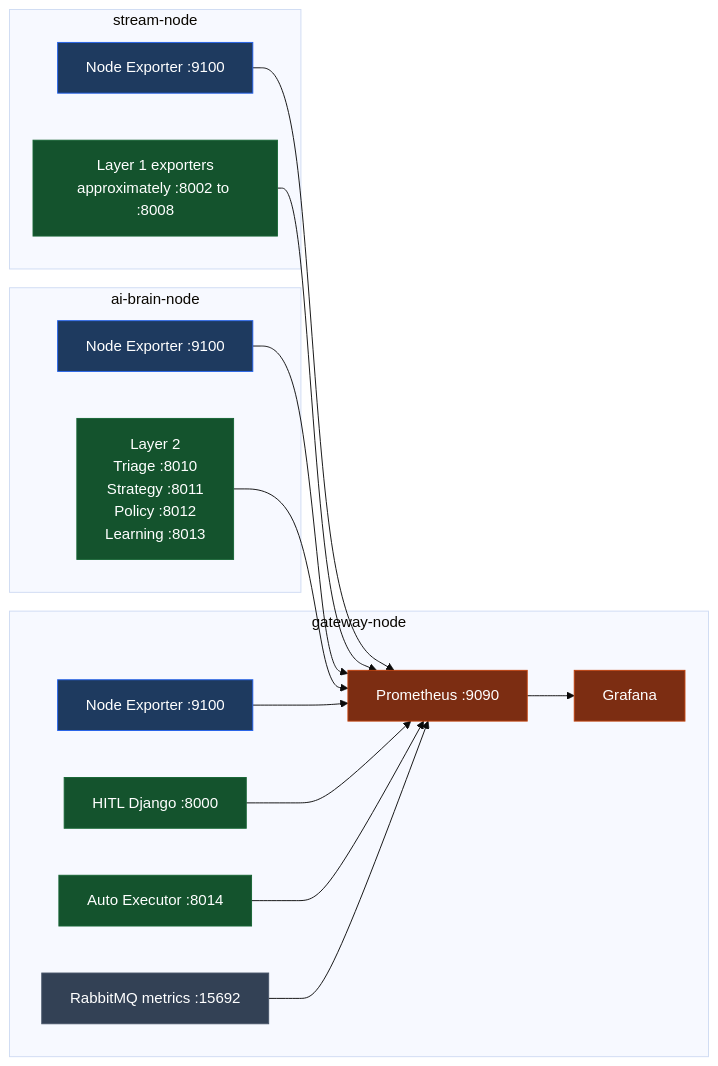
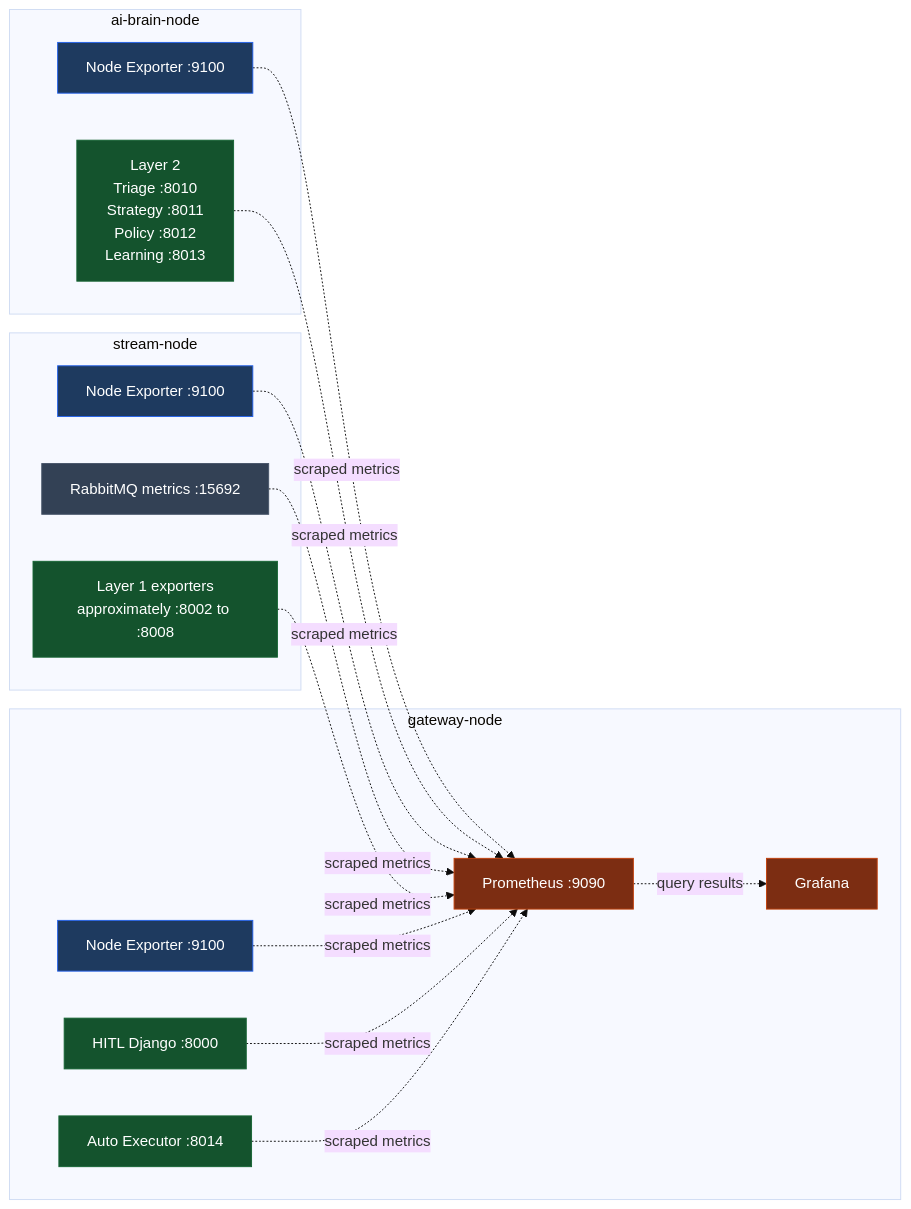
Before and after one commit to Spectre206/fyp-pipeline: the tenth of 13 diagrams in layer3/docs/layer3_component_log.md, drawn with Mermaid (base theme). The commit also changed other lines of this file and 14 other files, not shown here.

```diff
--- a/layer3/docs/layer3_component_log.md
+++ b/layer3/docs/layer3_component_log.md
@@ -425,37 +426,37 @@
 ~~~mermaid
 flowchart LR
     classDef node fill:#1e3a5f,color:#fff,stroke:#2563eb
     classDef app fill:#14532d,color:#fff,stroke:#166534
     classDef infra fill:#334155,color:#fff,stroke:#475569
     classDef obs fill:#7c2d12,color:#fff,stroke:#c2410c
 
     subgraph SN["stream-node"]
         N1[Node Exporter :9100]
+        R[RabbitMQ metrics :15692]
         L1[Layer 1 exporters<br/>approximately :8002 to :8008]
     end
     subgraph AB["ai-brain-node"]
         N2[Node Exporter :9100]
         L2[Layer 2<br/>Triage :8010<br/>Strategy :8011<br/>Policy :8012<br/>Learning :8013]
     end
     subgraph GW["gateway-node"]
         N3[Node Exporter :9100]
         H[HITL Django :8000]
         A[Auto Executor :8014]
-        R[RabbitMQ metrics :15692]
         P[Prometheus :9090]
         G[Grafana]
     end
-    N1 --> P
-    L1 --> P
-    N2 --> P
-    L2 --> P
-    N3 --> P
-    H --> P
-    A --> P
-    R --> P
-    P --> G
+    N1 -. "scraped metrics" .-> P
+    L1 -. "scraped metrics" .-> P
+    N2 -. "scraped metrics" .-> P
+    L2 -. "scraped metrics" .-> P
+    N3 -. "scraped metrics" .-> P
+    H -. "scraped metrics" .-> P
+    A -. "scraped metrics" .-> P
+    R -. "scraped metrics" .-> P
+    P -. "query results" .-> G
     class N1,N2,N3 node
     class L1,L2,H,A app
     class R infra
     class P,G obs
 ~~~
```
